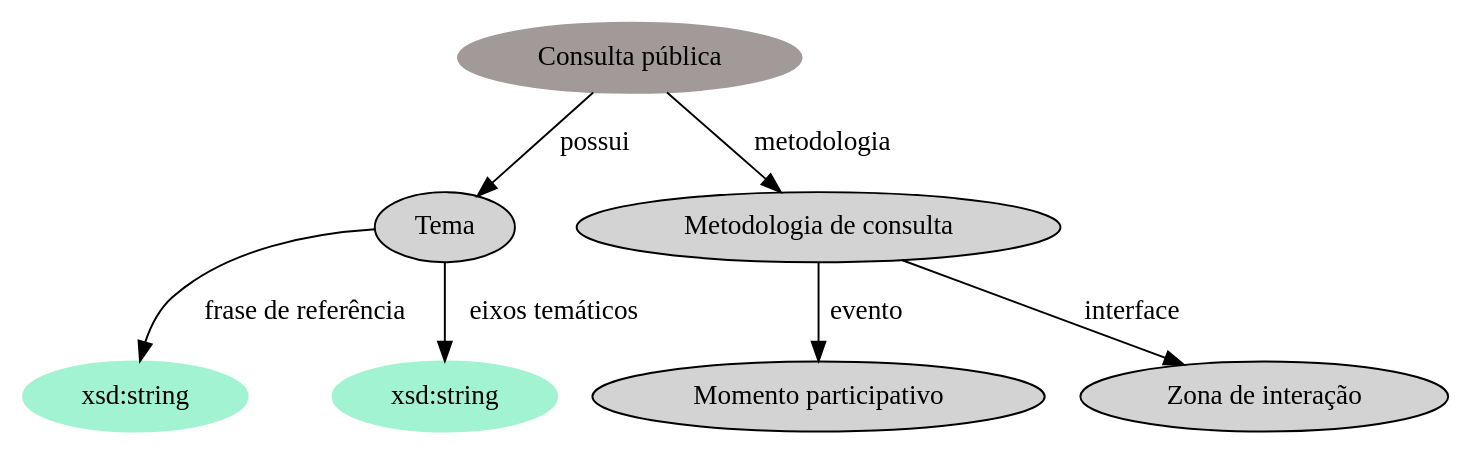
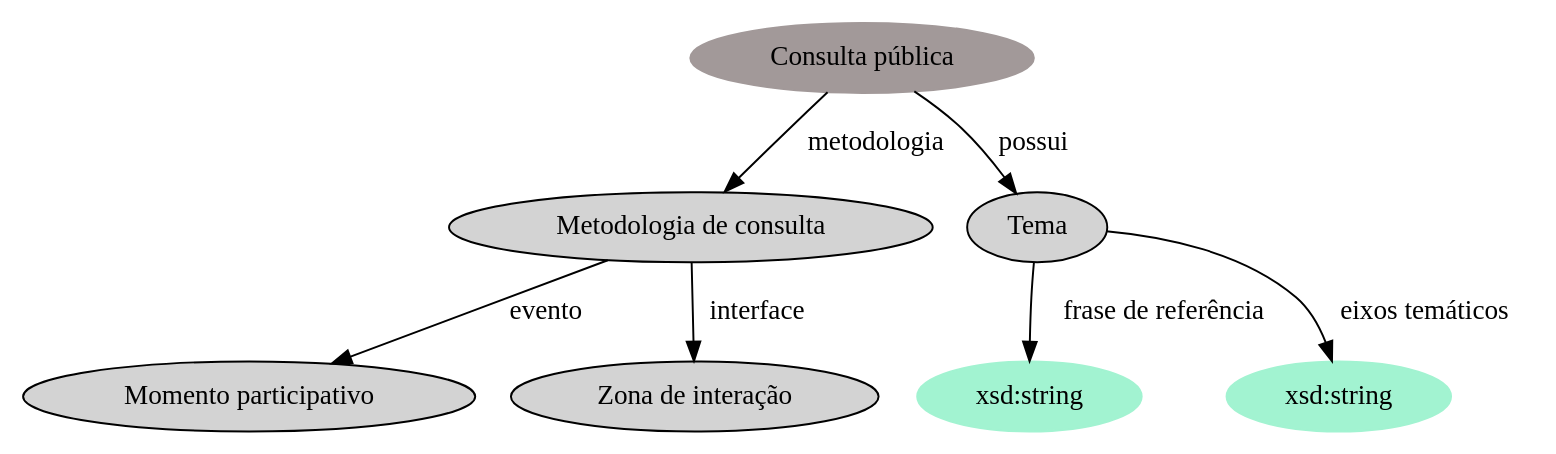
The diagram in rdf/obsConsulta.dot (ttm/vocabulario-participacao), drawn with Graphviz before and after one commit. The commit also changed other lines of this file and 5 other files, not shown here.

```diff
--- a/rdf/obsConsulta.dot
+++ b/rdf/obsConsulta.dot
@@ -1,21 +1,21 @@
 digraph  {
 	node [label="\N"];
 	"Consulta pública"	 [color="#A29999",
 		style=filled];
+	"Metodologia de consulta"	 [style=filled];
+	"Consulta pública" -> "Metodologia de consulta"	 [label=metodologia];
 	Tema	 [style=filled];
 	"Consulta pública" -> Tema	 [label=possui];
-	"Metodologia de consulta"	 [style=filled];
-	"Consulta pública" -> "Metodologia de consulta"	 [label=metodologia];
 	1	 [color="#A2F3D1",
 		label="xsd:string",
 		style=filled];
 	Tema -> 1	 [label="frase de referência"];
 	2	 [color="#A2F3D1",
 		label="xsd:string",
 		style=filled];
 	Tema -> 2	 [label="eixos temáticos"];
 	"Momento participativo"	 [style=filled];
 	"Metodologia de consulta" -> "Momento participativo"	 [label=evento];
 	"Zona de interação"	 [style=filled];
 	"Metodologia de consulta" -> "Zona de interação"	 [label=interface];
 }
```
